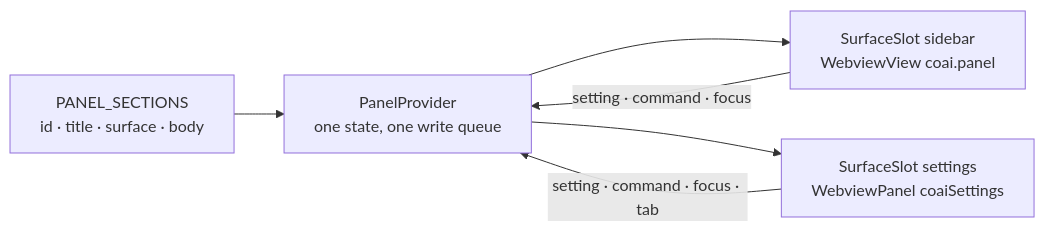
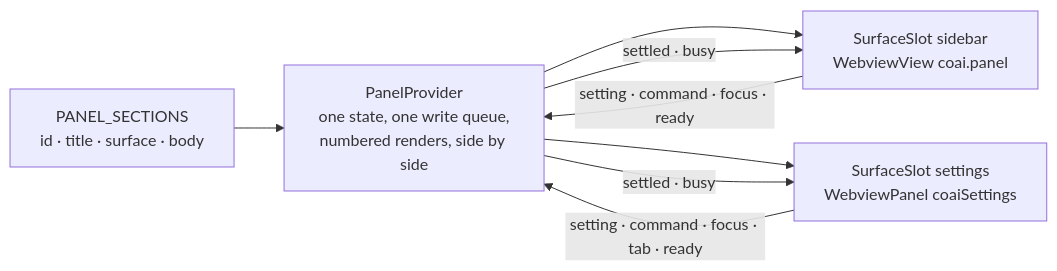
The third of 8 diagrams in research/architecture.md (oleksandrdubyna88/dew_flow_connect_other_ais), drawn with Mermaid before and after one commit. The commit also changed other lines of this file and 31 other files, not shown here.

````diff
--- a/research/architecture.md
+++ b/research/architecture.md
@@ -393,8 +393,10 @@
 ```mermaid
 flowchart LR
-  P["PanelProvider<br/>one state, one write queue"] --> S["SurfaceSlot sidebar<br/>WebviewView coai.panel"]
+  P["PanelProvider<br/>one state, one write queue,<br/>numbered renders, side by side"] --> S["SurfaceSlot sidebar<br/>WebviewView coai.panel"]
   P --> T["SurfaceSlot settings<br/>WebviewPanel coaiSettings"]
   R["PANEL_SECTIONS<br/>id · title · surface · body"] --> P
-  S -->|setting · command · focus| P
-  T -->|setting · command · focus · tab| P
+  S -->|setting · command · focus · ready| P
+  T -->|setting · command · focus · tab · ready| P
+  P -->|settled · busy| S
+  P -->|settled · busy| T
 ```
````
